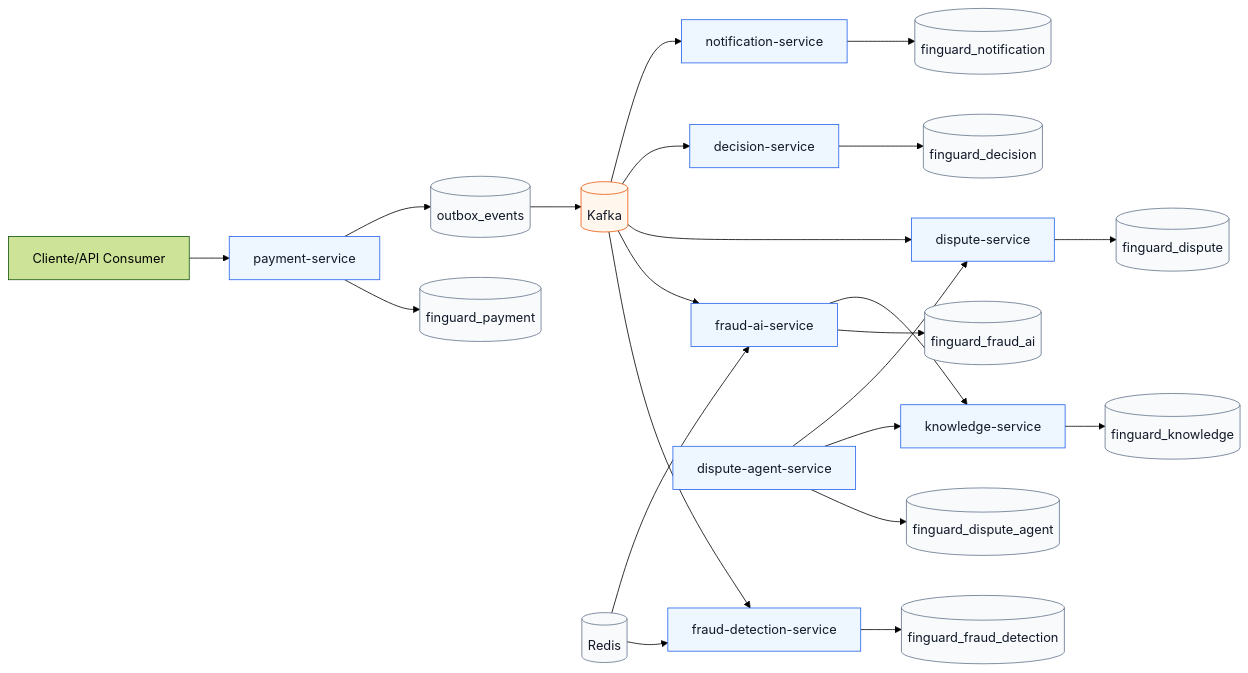
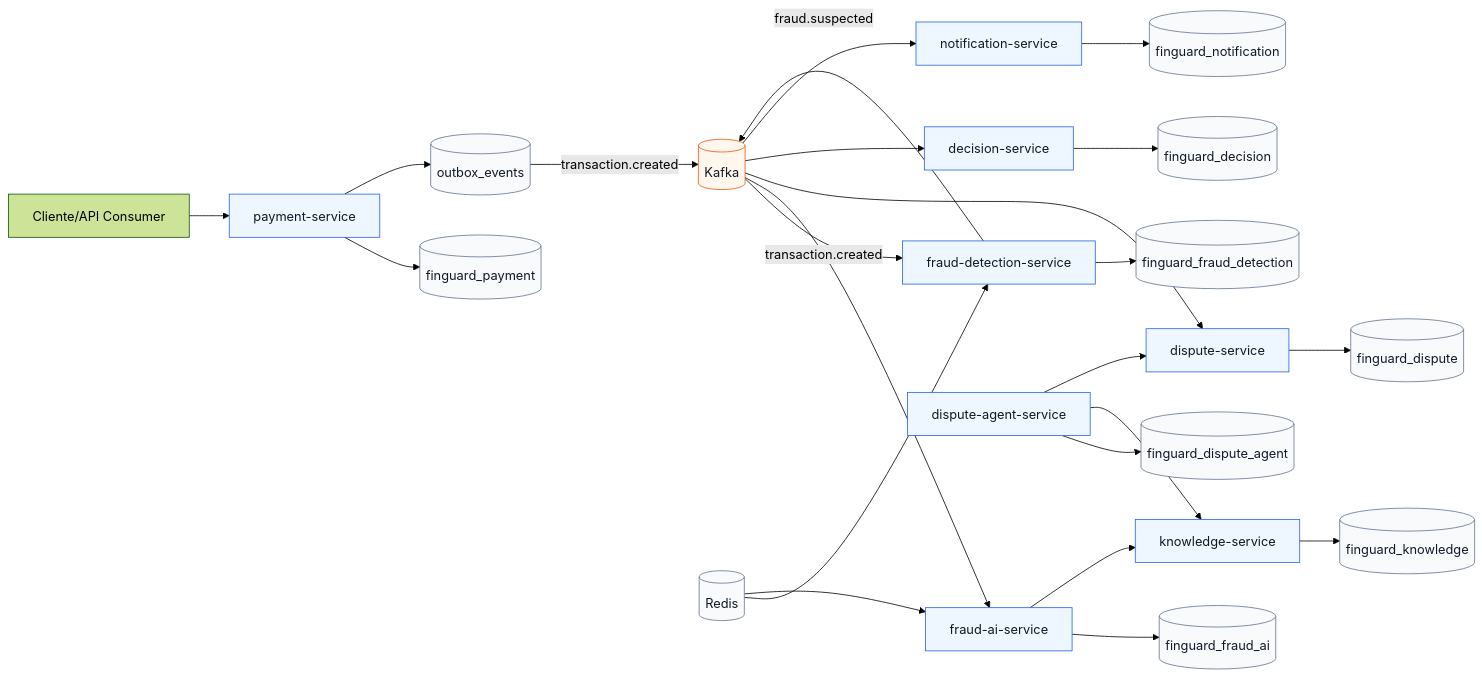
The diagram in README.md (Cosmess/finguard-ai), drawn with Mermaid (forest theme) before and after one commit. The commit also changed other lines of this file and 29 other files, not shown here.

````diff
--- a/README.md
+++ b/README.md
@@ -26,37 +26,38 @@
 ```mermaid
 flowchart LR
     Client[Cliente/API Consumer] --> Payment[payment-service]
 
     Payment --> PaymentDb[(finguard_payment)]
     Payment --> Outbox[(outbox_events)]
-    Outbox --> Kafka[(Kafka)]
+    Outbox -->|transaction.created| Kafka[(Kafka)]
 
-    Kafka --> FraudDetection[fraud-detection-service]
+    Kafka -->|transaction.created| FraudDetection[fraud-detection-service]
+    FraudDetection -->|fraud.suspected| Kafka
     Kafka --> FraudAi[fraud-ai-service]
     Kafka --> Dispute[dispute-service]
     Kafka --> Decision[decision-service]
     Kafka --> Notification[notification-service]
 
     FraudDetection --> FraudDb[(finguard_fraud_detection)]
     FraudAi --> FraudAiDb[(finguard_fraud_ai)]
     Dispute --> DisputeDb[(finguard_dispute)]
     Decision --> DecisionDb[(finguard_decision)]
     Knowledge[knowledge-service] --> KnowledgeDb[(finguard_knowledge)]
     Notification --> NotificationDb[(finguard_notification)]
     DisputeAgent[dispute-agent-service] --> DisputeAgentDb[(finguard_dispute_agent)]
 
     FraudAi --> Knowledge
     DisputeAgent --> Knowledge
     DisputeAgent --> Dispute
 
     Redis[(Redis)] --> FraudDetection
     Redis --> FraudAi
 
     classDef service fill:#eef6ff,stroke:#2563eb,color:#111827
     classDef datastore fill:#f8fafc,stroke:#64748b,color:#111827
     classDef eventbus fill:#fff7ed,stroke:#ea580c,color:#111827
 
     class Payment,FraudDetection,FraudAi,Dispute,DisputeAgent,Decision,Knowledge,Notification service
     class PaymentDb,Outbox,FraudDb,FraudAiDb,DisputeDb,DisputeAgentDb,DecisionDb,KnowledgeDb,NotificationDb,Redis datastore
     class Kafka eventbus
 ```
````
